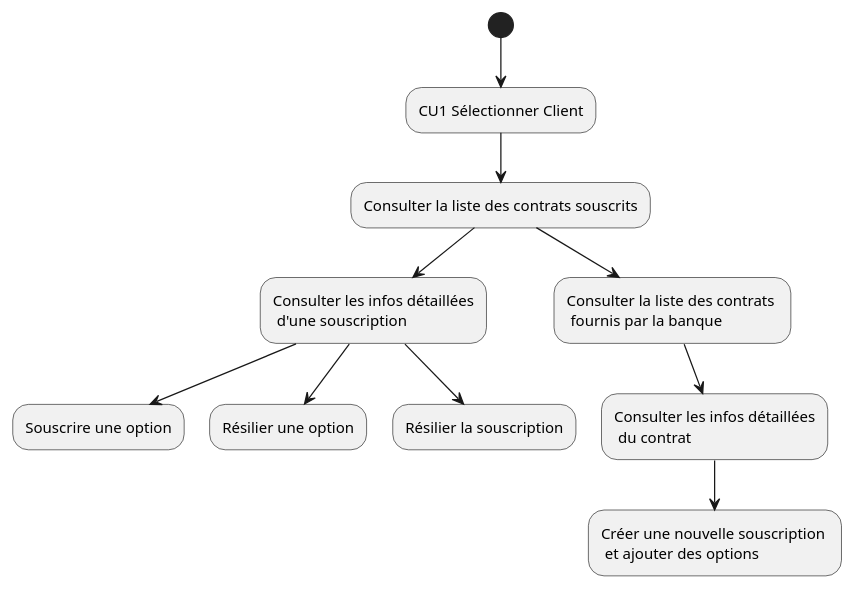
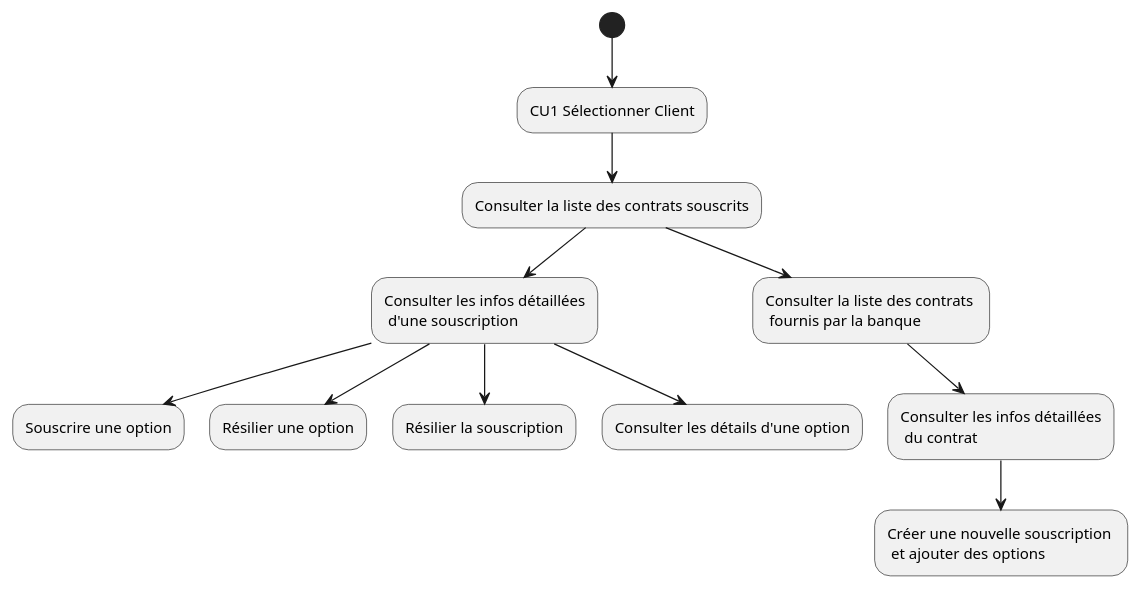
Before and after one commit to HZjiadong/PLD-MARS: the diagram in src/documentation/CU4_DA.puml, drawn with PlantUML. The commit also changed 1 other file, not shown here.

Commit message:
fix(CU4): add view option details

```diff
--- a/src/documentation/CU4_DA.puml
+++ b/src/documentation/CU4_DA.puml
@@ -1,15 +1,16 @@
 @startuml
 (*)  --> "CU1 Sélectionner Client"
 --> "Consulter la liste des contrats souscrits"
 
 "Consulter la liste des contrats souscrits"-->  "Consulter les infos détaillées\n d'une souscription"
 "Consulter la liste des contrats souscrits"--> "Consulter la liste des contrats \n fournis par la banque "
 
 "Consulter les infos détaillées\n d'une souscription" --> "Souscrire une option"
 "Consulter les infos détaillées\n d'une souscription" --> "Résilier une option"
 "Consulter les infos détaillées\n d'une souscription" --> "Résilier la souscription"
+"Consulter les infos détaillées\n d'une souscription" --> "Consulter les détails d'une option"
 
 "Consulter la liste des contrats \n fournis par la banque " --> "Consulter les infos détaillées\n du contrat"
 "Consulter les infos détaillées\n du contrat" --> "Créer une nouvelle souscription \n et ajouter des options"
 
 @enduml
```
